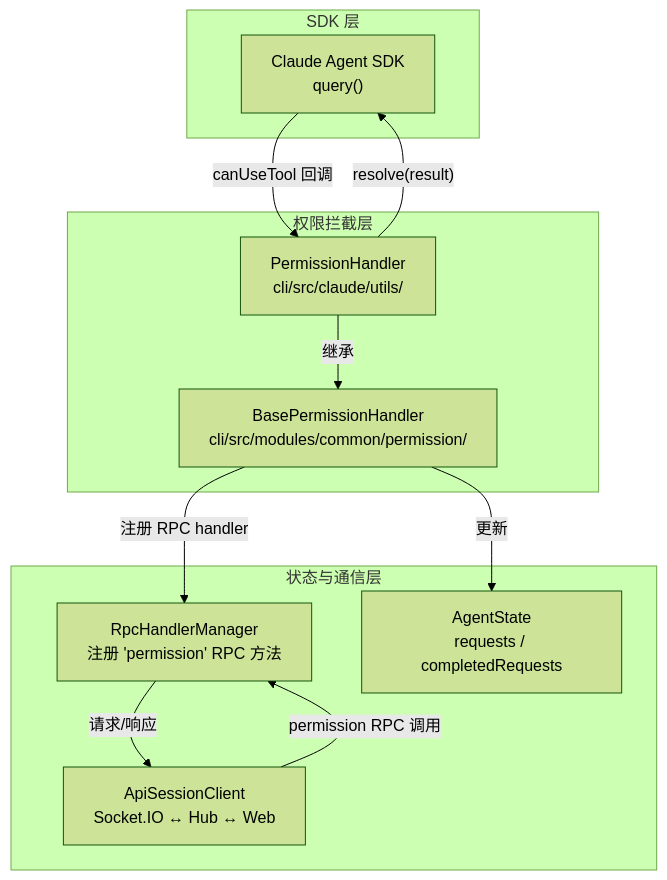
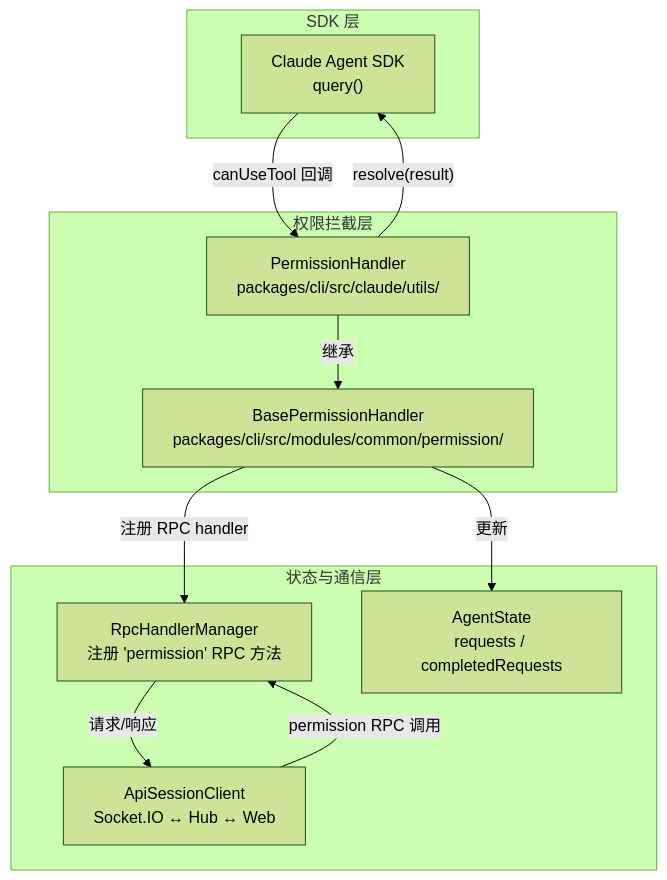
Before and after one commit to ModuBit/mobi: the first of 2 diagrams in docs/architecture/cli/commands/claude/permission.md, drawn with Mermaid (forest theme). The commit also changed other lines of this file and 477 other files, not shown here.

````diff
--- a/docs/architecture/cli/commands/claude/permission.md
+++ b/docs/architecture/cli/commands/claude/permission.md
@@ -7,26 +7,26 @@
 ```mermaid
 graph TB
     subgraph "SDK 层"
         SDK["Claude Agent SDK<br/>query()"]
     end
 
     subgraph "权限拦截层"
-        PH["PermissionHandler<br/>cli/src/claude/utils/"]
-        BASE["BasePermissionHandler<br/>cli/src/modules/common/permission/"]
+        PH["PermissionHandler<br/>packages/cli/src/claude/utils/"]
+        BASE["BasePermissionHandler<br/>packages/cli/src/modules/common/permission/"]
     end
 
     subgraph "状态与通信层"
         RPC["RpcHandlerManager<br/>注册 'permission' RPC 方法"]
         STATE["AgentState<br/>requests / completedRequests"]
         CLIENT["ApiSessionClient<br/>Socket.IO ↔ Hub ↔ Web"]
     end
 
     SDK -->|"canUseTool 回调"| PH
     PH -->|"继承"| BASE
     BASE -->|"注册 RPC handler"| RPC
     BASE -->|"更新"| STATE
     RPC -->|"请求/响应"| CLIENT
     CLIENT -->|"permission RPC 调用"| RPC
 
     PH -->|"resolve(result)"| SDK
 ```
````
